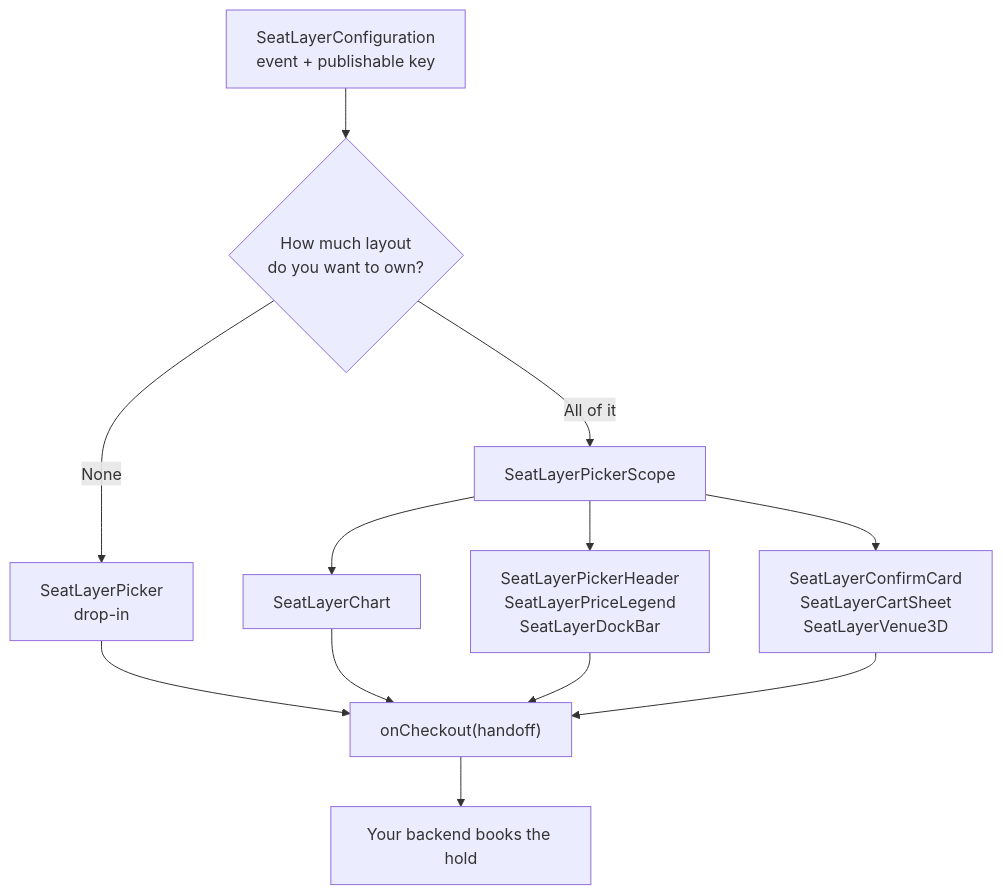
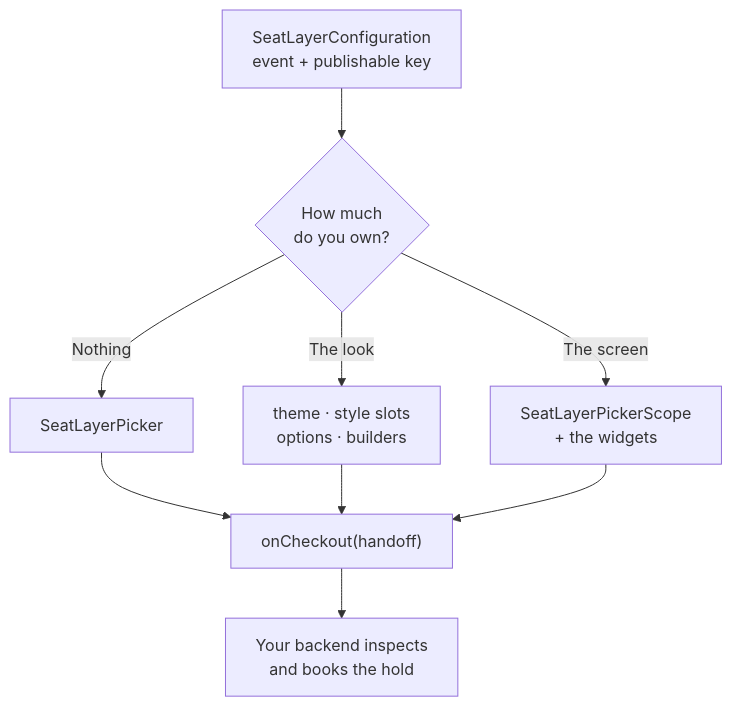
The diagram in README.md (seatlayer/seatlayer-flutter), drawn with Mermaid before and after one commit. The commit also changed other lines of this file, not shown here.

First line of the commit message:
docs: rewrite the README around the native picker

````diff
--- a/README.md
+++ b/README.md
@@ -55,14 +47,11 @@
 ```mermaid
 flowchart TD
-  A["SeatLayerConfiguration<br/>event + publishable key"] --> B{"How much layout<br/>do you want to own?"}
-  B -->|"None"| C["SeatLayerPicker<br/>drop-in"]
-  B -->|"All of it"| D["SeatLayerPickerScope"]
-  D --> E["SeatLayerChart"]
-  D --> F["SeatLayerPickerHeader<br/>SeatLayerPriceLegend<br/>SeatLayerDockBar"]
-  D --> G["SeatLayerConfirmCard<br/>SeatLayerCartSheet<br/>SeatLayerVenue3D"]
-  C --> H["onCheckout(handoff)"]
-  E --> H
-  F --> H
-  G --> H
-  H --> I["Your backend books the hold"]
+  A["SeatLayerConfiguration<br/>event + publishable key"] --> B{"How much<br/>do you own?"}
+  B -->|"Nothing"| C["SeatLayerPicker"]
+  B -->|"The look"| D["theme · style slots<br/>options · builders"]
+  B -->|"The screen"| E["SeatLayerPickerScope<br/>+ the widgets"]
+  C --> F["onCheckout(handoff)"]
+  D --> F
+  E --> F
+  F --> G["Your backend inspects<br/>and books the hold"]
 ```
````
